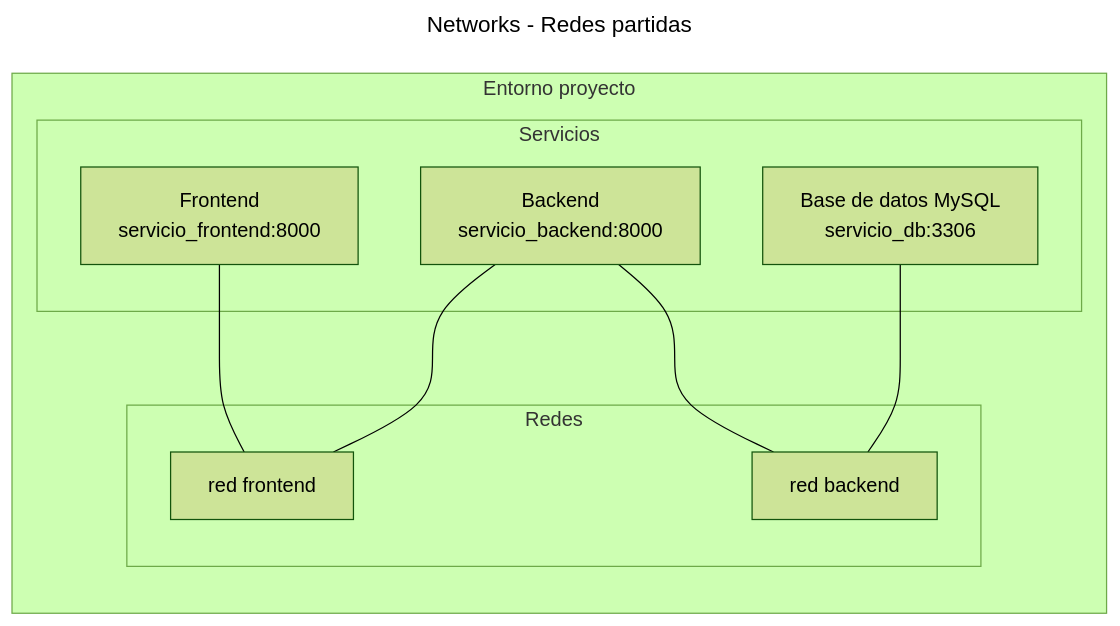
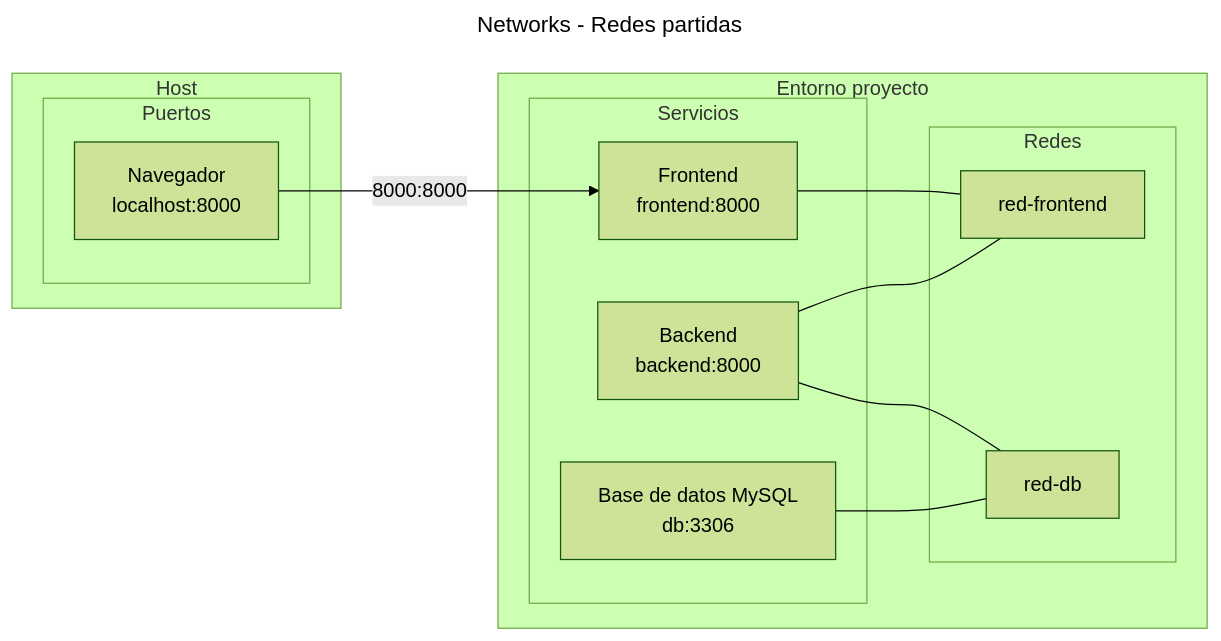
The second of 3 diagrams in docs/contenedores/networks.md (alejrot/python-docs), drawn with Mermaid (forest theme) before and after one commit. The commit also changed other lines of this file, not shown here.

````diff
--- a/docs/contenedores/networks.md
+++ b/docs/contenedores/networks.md
@@ -151,29 +160,40 @@
 ```mermaid
 ---
 title: "Networks - Redes partidas"
 ---
 flowchart LR
 
     subgraph proyecto [Entorno proyecto]
 
         subgraph services [Servicios]
         front["`Frontend 
-            servicio_frontend:8000`"]
+            frontend:8000`"]
         back["`Backend
-            servicio_backend:8000`"]
+            backend:8000`"]
         db["`Base de datos MySQL
-            servicio_db:3306`"]
+            db:3306`"]
         end
 
         subgraph redes [Redes]
-            red-front[red frontend]
-            red-db[red backend]
+            red-front[red-frontend]
+            red-db[red-db]
         end
     end
 
 
     front --- red-front
     back --- red-front
     back --- red-db
     db --- red-db
+
+
+    subgraph host [Host]
+        subgraph ports [Puertos]
+            port1["`Navegador
+            localhost:8000`"]
+        end
+    end
+
+    port1 -->|8000:8000| front
+
 ```
````
